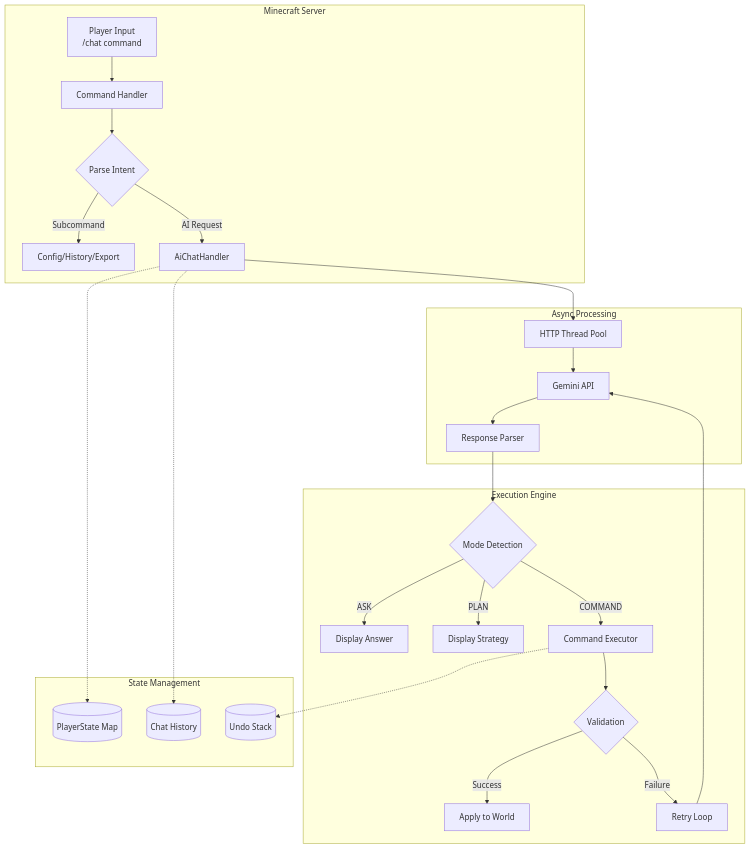
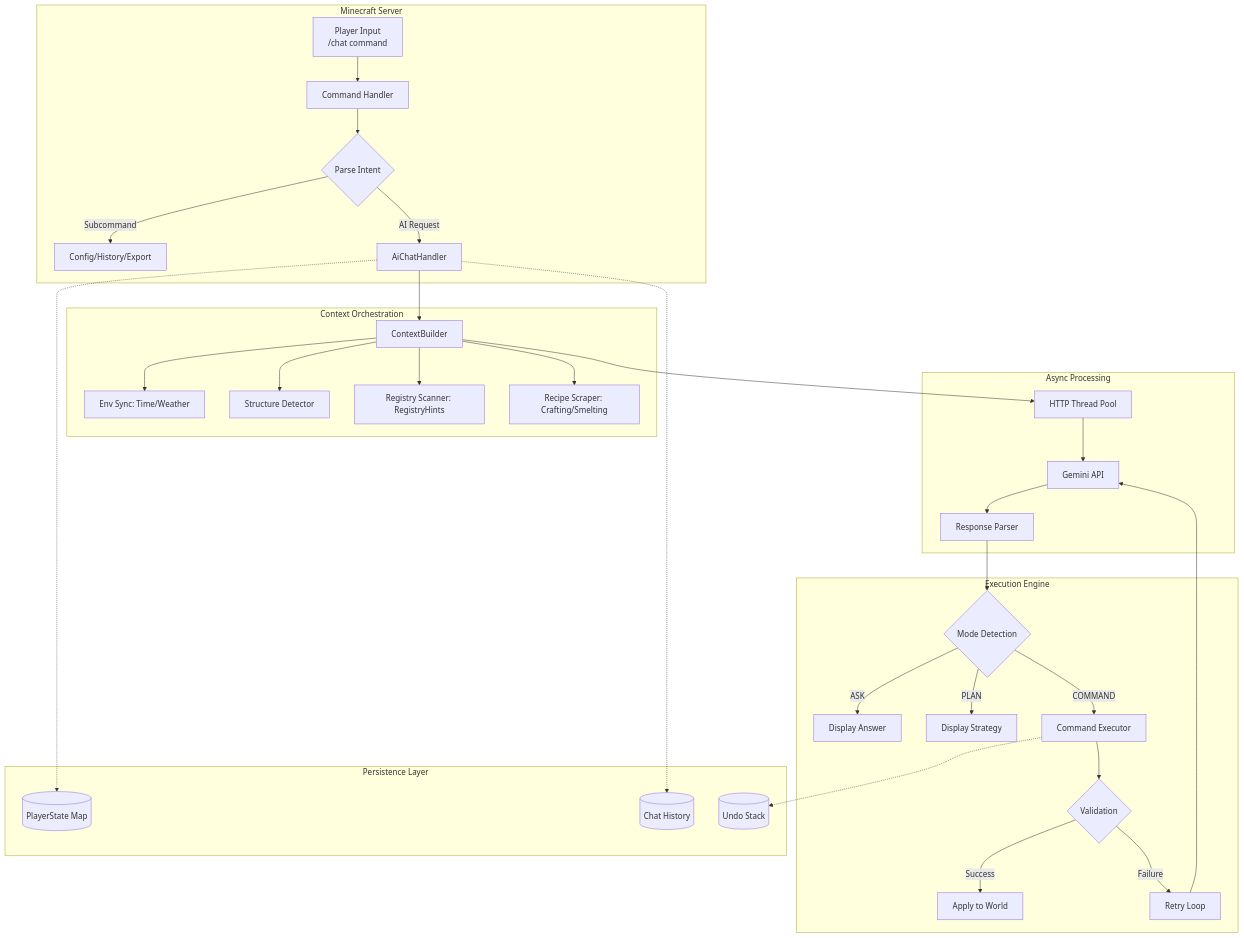
The first of 6 diagrams in README.md (GURU-124/gemini-minecraft), drawn with Mermaid before and after one commit. The commit also changed other lines of this file, not shown here.

Commit message:
Update technical architecture diagrams for Registry and Recipe integrations

````diff
--- a/README.md
+++ b/README.md
@@ -136,36 +136,44 @@
 ```mermaid
 graph TB
     subgraph Minecraft Server
         A[Player Input<br>/chat command] --> B[Command Handler]
         B --> C{Parse Intent}
         C -->|Subcommand| D[Config/History/Export]
         C -->|AI Request| E[AiChatHandler]
     end
     
+    subgraph Context Orchestration
+        E --> F[ContextBuilder]
+        F --> F1[Env Sync: Time/Weather]
+        F --> F2[Structure Detector]
+        F --> F3[Registry Scanner: RegistryHints]
+        F --> F4[Recipe Scraper: Crafting/Smelting]
+    end
+    
     subgraph Async Processing
-        E --> F[HTTP Thread Pool]
-        F --> G[Gemini API]
-        G --> H[Response Parser]
+        F --> G[HTTP Thread Pool]
+        G --> H[Gemini API]
+        H --> I[Response Parser]
     end
     
     subgraph Execution Engine
-        H --> I{Mode Detection}
-        I -->|ASK| J[Display Answer]
-        I -->|PLAN| K[Display Strategy]
-        I -->|COMMAND| L[Command Executor]
-        L --> M{Validation}
-        M -->|Success| N[Apply to World]
-        M -->|Failure| O[Retry Loop]
-        O --> G
+        I --> J{Mode Detection}
+        J -->|ASK| K[Display Answer]
+        J -->|PLAN| L[Display Strategy]
+        J -->|COMMAND| M[Command Executor]
+        M --> N{Validation}
+        N -->|Success| O[Apply to World]
+        N -->|Failure| P[Retry Loop]
+        P --> H
     end
     
-    subgraph State Management
-        P[(PlayerState Map)]
-        Q[(Chat History)]
-        R[(Undo Stack)]
+    subgraph Persistence Layer
+        Q[(PlayerState Map)]
+        R[(Chat History)]
+        S[(Undo Stack)]
     end
     
-    E -.-> P
     E -.-> Q
-    L -.-> R
+    E -.-> R
+    M -.-> S
 ```
````
